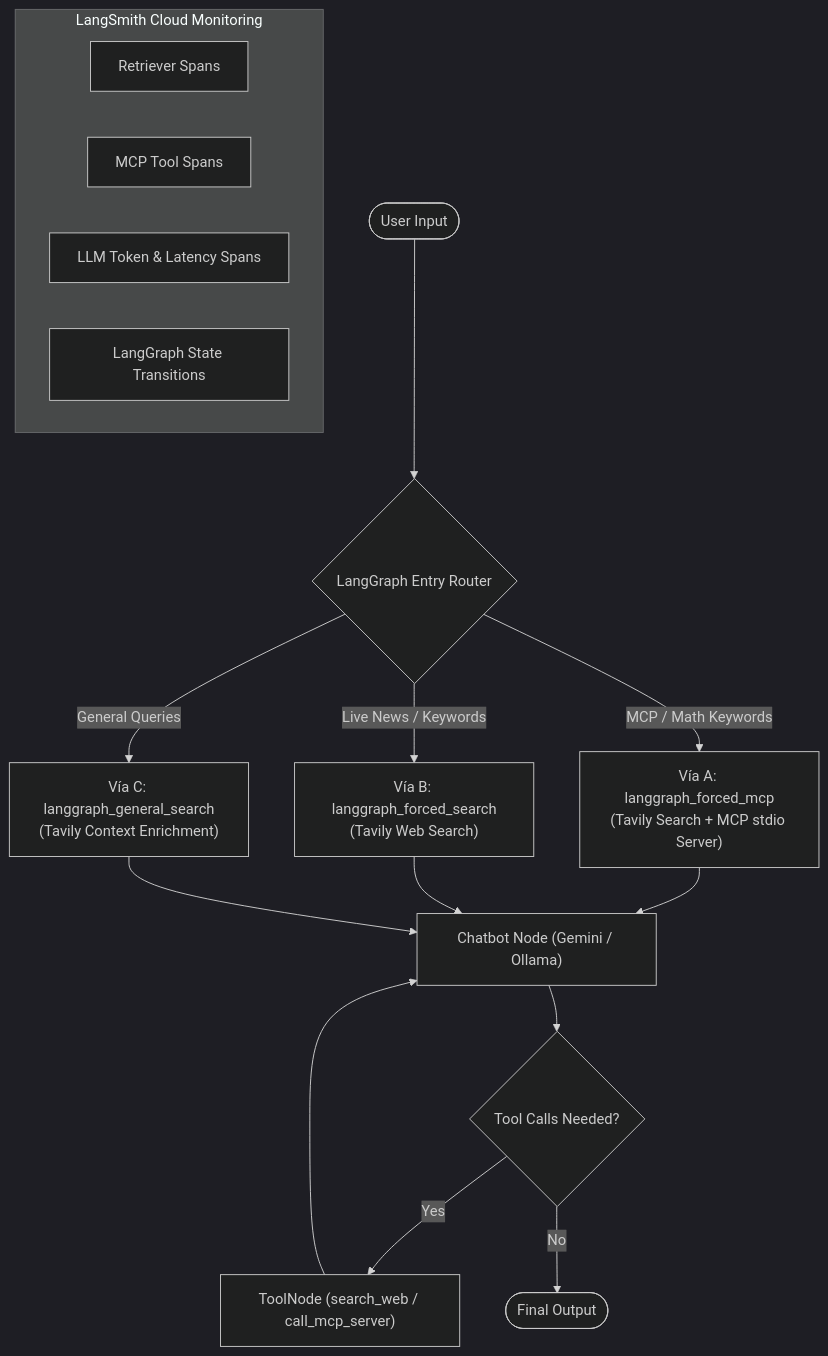
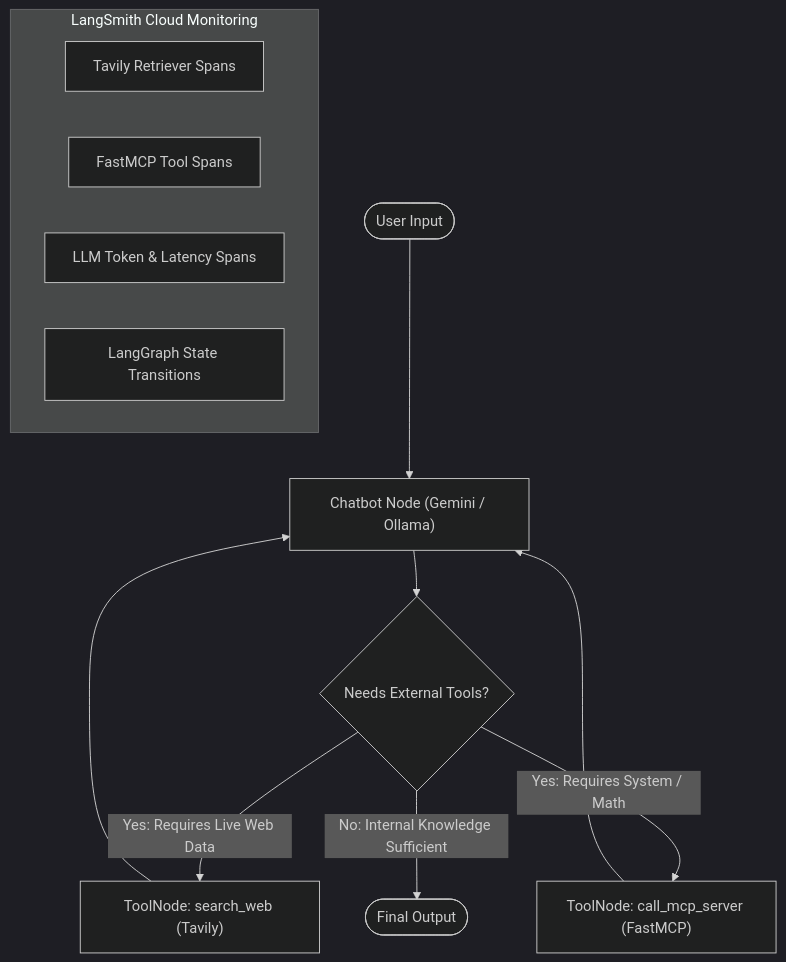
The diagram in README.md (maibarra0904/langchain-app), drawn with Mermaid (dark theme) before and after one commit. The commit also changed other lines of this file and 2 other files, not shown here.

Commit message:
fix: make Tavily search autonomous so LLM decides when web search is needed

````diff
--- a/README.md
+++ b/README.md
@@ -11,24 +11,19 @@
 ```mermaid
 flowchart TD
-    START([User Input]) --> Router{LangGraph Entry Router}
+    START([User Input]) --> Chatbot["Chatbot Node (Gemini / Ollama)"]
 
-    Router -->|MCP / Math Keywords| NodeA["Vía A: langgraph_forced_mcp\n(Tavily Search + MCP stdio Server)"]
-    Router -->|Live News / Keywords| NodeB["Vía B: langgraph_forced_search\n(Tavily Web Search)"]
-    Router -->|General Queries| NodeC["Vía C: langgraph_general_search\n(Tavily Context Enrichment)"]
+    Chatbot --> Decision{Needs External Tools?}
+    Decision -->|Yes: Requires Live Web Data| ToolTavily["ToolNode: search_web (Tavily)"]
+    Decision -->|Yes: Requires System / Math| ToolMCP["ToolNode: call_mcp_server (FastMCP)"]
+    Decision -->|No: Internal Knowledge Sufficient| END([Final Output])
 
-    NodeA --> LLM["Chatbot Node (Gemini / Ollama)"]
-    NodeB --> LLM
-    NodeC --> LLM
-
-    LLM --> PostRouter{Tool Calls Needed?}
-    PostRouter -->|Yes| Tools["ToolNode (search_web / call_mcp_server)"]
-    Tools --> LLM
-    PostRouter -->|No| END([Final Output])
+    ToolTavily --> Chatbot
+    ToolMCP --> Chatbot
 
     subgraph Observability ["LangSmith Cloud Monitoring"]
-        TavilySpan[Retriever Spans]
-        MCPToolSpan[MCP Tool Spans]
+        TavilySpan[Tavily Retriever Spans]
+        MCPToolSpan[FastMCP Tool Spans]
         LLMSpan[LLM Token & Latency Spans]
         ChainSpan[LangGraph State Transitions]
     end
 ```
````
